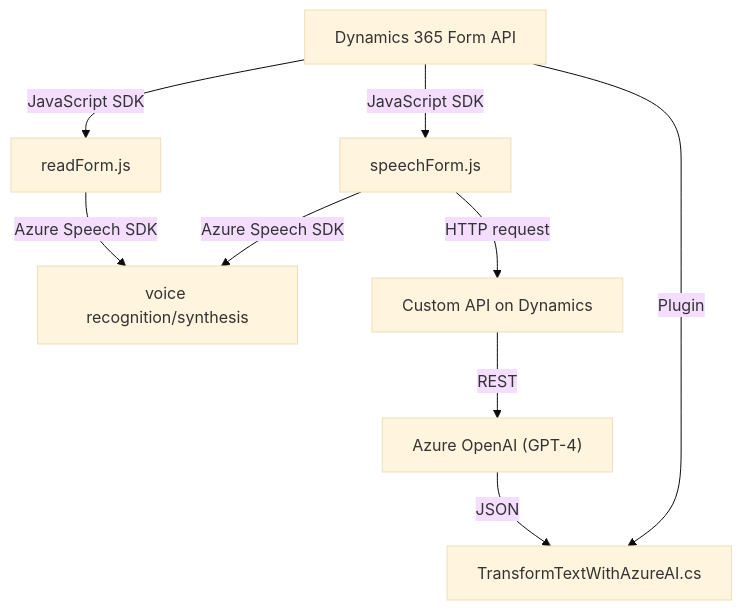
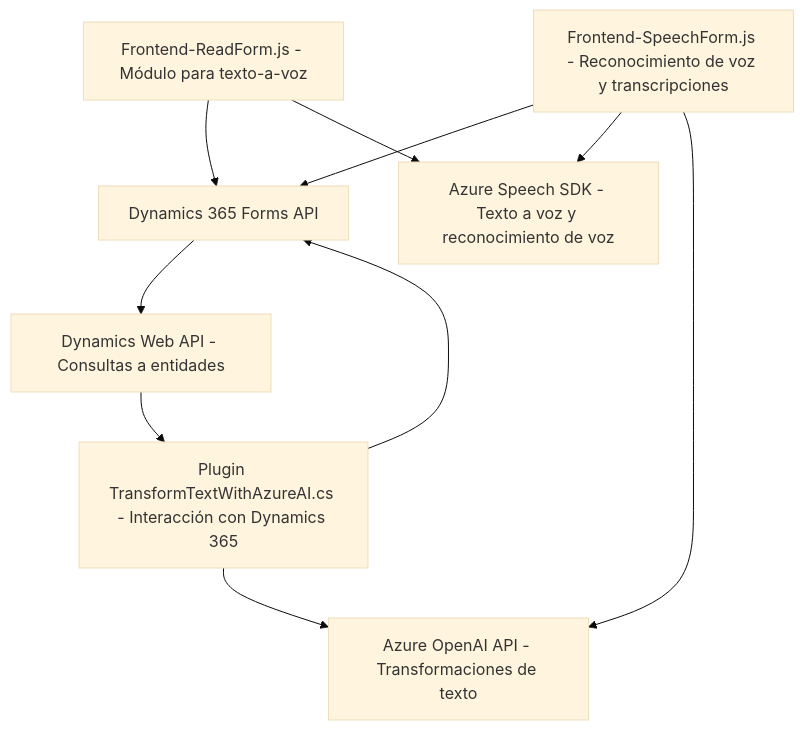
One commit to blopezdm/NETCORE_BILBAO2025 changed the diagram in README.md. Above: the diagram before and after it, drawn with Mermaid (base theme). The commit also changed other lines of this file, not shown here.

Commit message:
Actualizar análisis global de la solución con IA

````diff
--- a/README.md
+++ b/README.md
@@ -32,11 +55,20 @@
 ```mermaid
 graph TD
-  A["Dynamics 365 Form API"] -->|JavaScript SDK| B["readForm.js"]
-  A -->|JavaScript SDK| C["speechForm.js"]
-  B -->|Azure Speech SDK| D["voice recognition/synthesis"]
-  C -->|Azure Speech SDK| D
-  C -->|HTTP request| E["Custom API on Dynamics"]
-  E -->|REST| F["Azure OpenAI (GPT-4)"]
-  F -->|JSON| G["TransformTextWithAzureAI.cs"]
-  A -->|Plugin| G
+    A["Frontend-ReadForm.js - Módulo para texto-a-voz"]
+    B["Frontend-SpeechForm.js - Reconocimiento de voz y transcripciones"]
+    C["Plugin TransformTextWithAzureAI.cs - Interacción con Dynamics 365"]
+    D["Azure Speech SDK - Texto a voz y reconocimiento de voz"]
+    E["Azure OpenAI API - Transformaciones de texto"]
+    F["Dynamics 365 Forms API"]
+    G["Dynamics Web API - Consultas a entidades"]
+
+    A --> F
+    A --> D
+    B --> F
+    B --> D
+    B --> E
+    C --> F
+    C --> E
+    F --> G
+    G --> C
 ```
````
